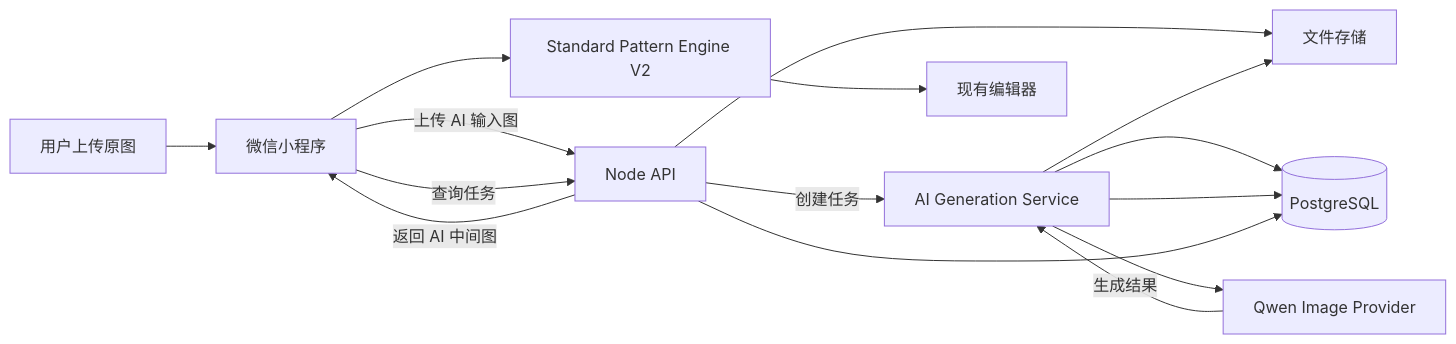
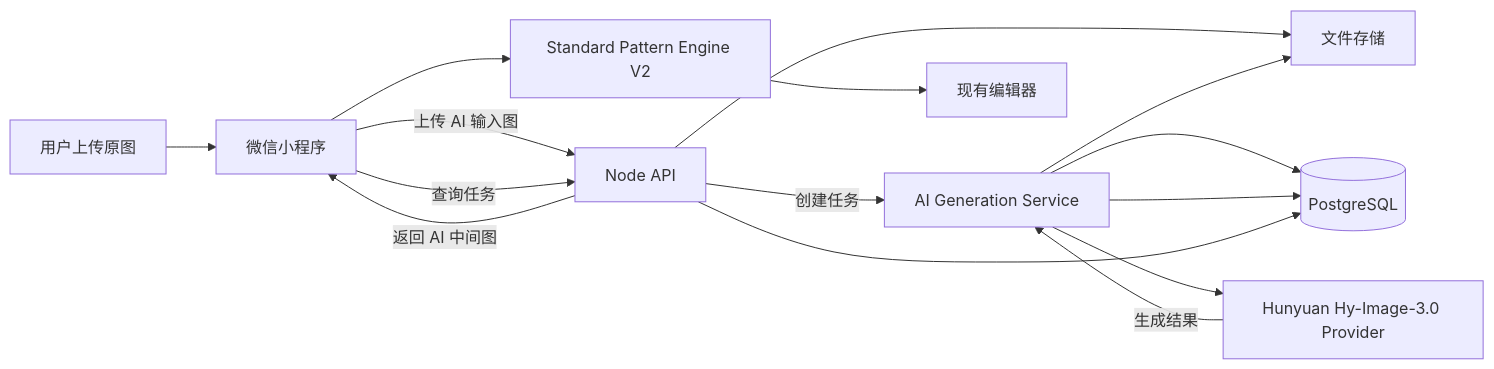
Before and after one commit to Adrian-Cai/pindou-studio: the diagram in docs/backend/AI_GENERATION_DESIGN.md, drawn with Mermaid. The commit also changed other lines of this file and 29 other files, not shown here.

Commit message:
feat: v0.30.2 切换混元 AI 生图并开放入口

````diff
--- a/docs/backend/AI_GENERATION_DESIGN.md
+++ b/docs/backend/AI_GENERATION_DESIGN.md
@@ -89,27 +87,27 @@
 ```mermaid
 flowchart LR
     U[用户上传原图]
     MP[微信小程序]
     API[Node API]
     JOB[AI Generation Service]
-    PROVIDER[Qwen Image Provider]
+    PROVIDER[Hunyuan Hy-Image-3.0 Provider]
     FS[文件存储]
     PG[(PostgreSQL)]
     ENGINE[Standard Pattern Engine V2]
     EDITOR[现有编辑器]
 
     U --> MP
     MP -->|上传 AI 输入图| API
     API --> FS
     API -->|创建任务| JOB
     JOB --> PG
     JOB --> PROVIDER
     PROVIDER -->|生成结果| JOB
     JOB --> FS
     JOB --> PG
     MP -->|查询任务| API
     API --> PG
     API -->|返回 AI 中间图| MP
     MP --> ENGINE
     ENGINE --> EDITOR
 ```
````
